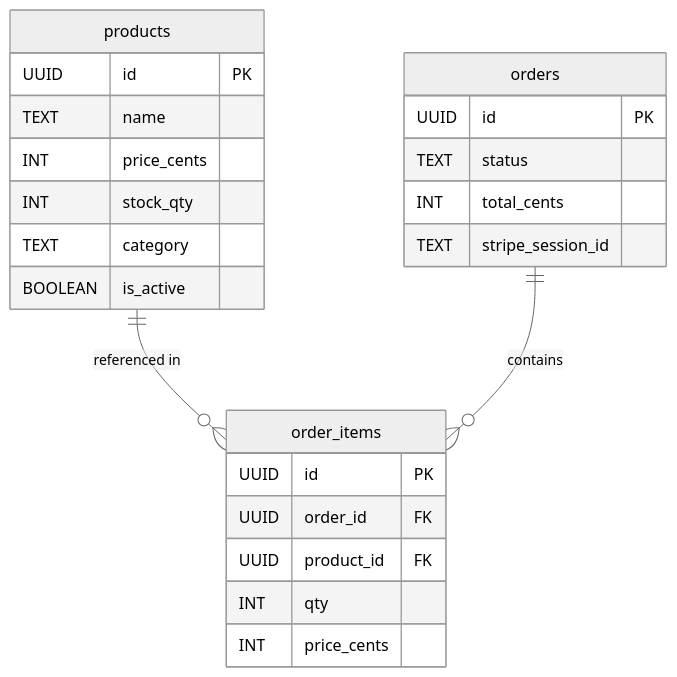
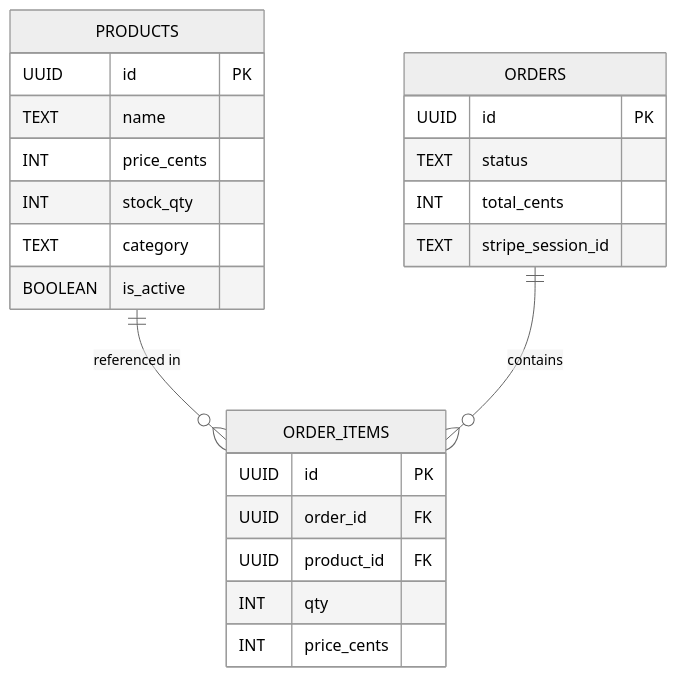
One commit to LuthandoCandlovu/my-store changed the second of 2 diagrams in README.md. Above: the diagram before and after it, drawn with Mermaid (neutral theme). The commit also changed other lines of this file, not shown here.

````diff
--- a/README.md
+++ b/README.md
@@ -98,29 +143,29 @@
 ```mermaid
 erDiagram
-    products {
+    PRODUCTS {
         UUID id PK
         TEXT name
         INT price_cents
         INT stock_qty
         TEXT category
         BOOLEAN is_active
     }
 
-    orders {
+    ORDERS {
         UUID id PK
         TEXT status
         INT total_cents
         TEXT stripe_session_id
     }
 
-    order_items {
+    ORDER_ITEMS {
         UUID id PK
         UUID order_id FK
         UUID product_id FK
         INT qty
         INT price_cents
     }
 
-    products ||--o{ order_items : "referenced in"
-    orders ||--o{ order_items : "contains"
+    PRODUCTS ||--o{ ORDER_ITEMS : "referenced in"
+    ORDERS ||--o{ ORDER_ITEMS : "contains"
 ```
````
